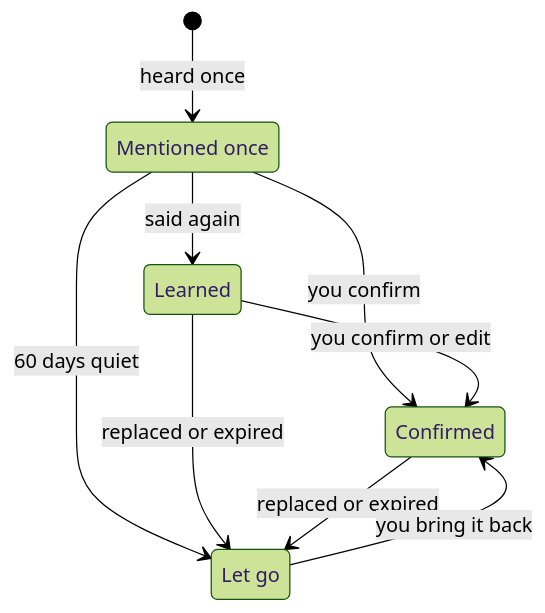
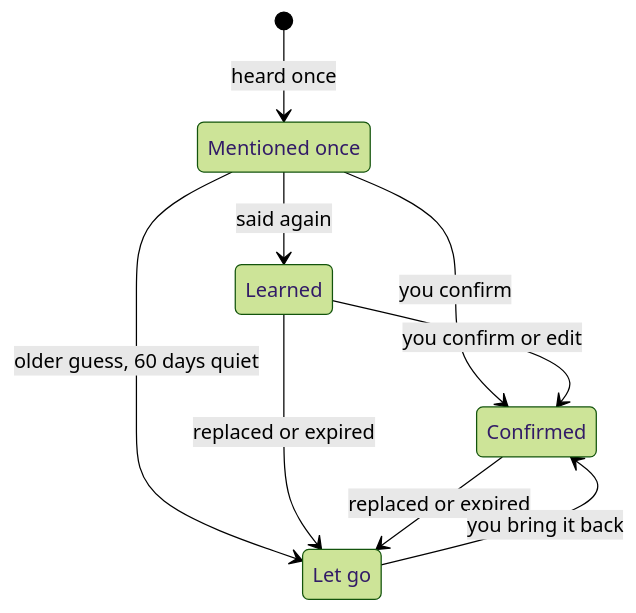
The diagram in docs/src/content/docs/use/memory.md (KrishBhimani/nod), drawn with Mermaid (forest theme) before and after one commit. The commit also changed other lines of this file and 28 other files, not shown here.

````diff
--- a/docs/src/content/docs/use/memory.md
+++ b/docs/src/content/docs/use/memory.md
@@ -43,13 +43,13 @@
 ```mermaid
 stateDiagram-v2
   state "Mentioned once" as once
   state "Let go" as gone
   [*] --> once: heard once
   once --> Learned: said again
   once --> Confirmed: you confirm
   Learned --> Confirmed: you confirm or edit
-  once --> gone: 60 days quiet
+  once --> gone: older guess, 60 days quiet
   Learned --> gone: replaced or expired
   Confirmed --> gone: replaced or expired
   gone --> Confirmed: you bring it back
 ```
````
